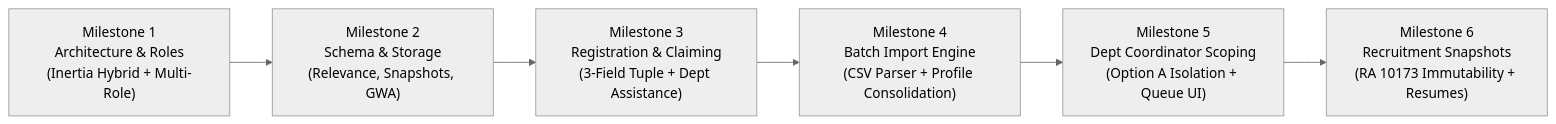
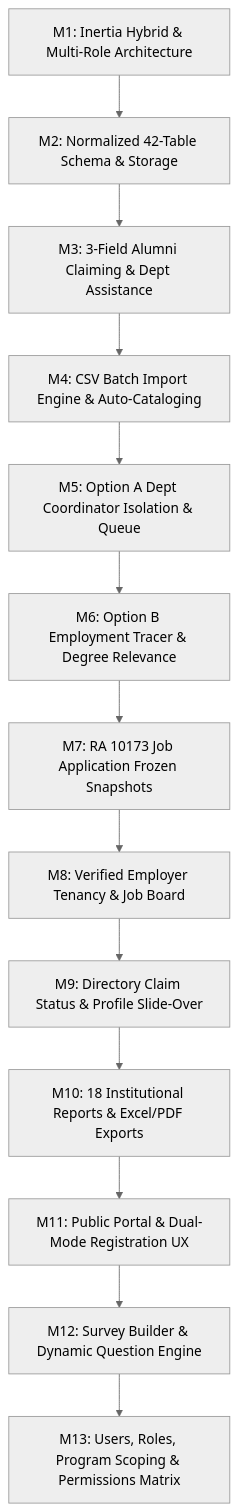
One commit to yortez/atms changed the diagram in docs/milestones-achieved.md. Above: the diagram before and after it, drawn with Mermaid (neutral theme). The commit also changed other lines of this file and 1 other file, not shown here.

Commit message:
docs: add milestones achieved documentation and alumni portal data component

````diff
--- a/docs/milestones-achieved.md
+++ b/docs/milestones-achieved.md
@@ -14,8 +14,15 @@
 ```mermaid
-flowchart LR
-    M1["Milestone 1\nArchitecture & Roles\n(Inertia Hybrid + Multi-Role)"] --> M2["Milestone 2\nSchema & Storage\n(Relevance, Snapshots, GWA)"]
-    M2 --> M3["Milestone 3\nRegistration & Claiming\n(3-Field Tuple + Dept Assistance)"]
-    M3 --> M4["Milestone 4\nBatch Import Engine\n(CSV Parser + Profile Consolidation)"]
-    M4 --> M5["Milestone 5\nDept Coordinator Scoping\n(Option A Isolation + Queue UI)"]
-    M5 --> M6["Milestone 6\nRecruitment Snapshots\n(RA 10173 Immutability + Resumes)"]
+flowchart TD
+    M1["M1: Inertia Hybrid & Multi-Role Architecture"] --> M2["M2: Normalized 42-Table Schema & Storage"]
+    M2 --> M3["M3: 3-Field Alumni Claiming & Dept Assistance"]
+    M3 --> M4["M4: CSV Batch Import Engine & Auto-Cataloging"]
+    M4 --> M5["M5: Option A Dept Coordinator Isolation & Queue"]
+    M5 --> M6["M6: Option B Employment Tracer & Degree Relevance"]
+    M6 --> M7["M7: RA 10173 Job Application Frozen Snapshots"]
+    M7 --> M8["M8: Verified Employer Tenancy & Job Board"]
+    M8 --> M9["M9: Directory Claim Status & Profile Slide-Over"]
+    M9 --> M10["M10: 18 Institutional Reports & Excel/PDF Exports"]
+    M10 --> M11["M11: Public Portal & Dual-Mode Registration UX"]
+    M11 --> M12["M12: Survey Builder & Dynamic Question Engine"]
+    M12 --> M13["M13: Users, Roles, Program Scoping & Permissions Matrix"]
 ```
````
